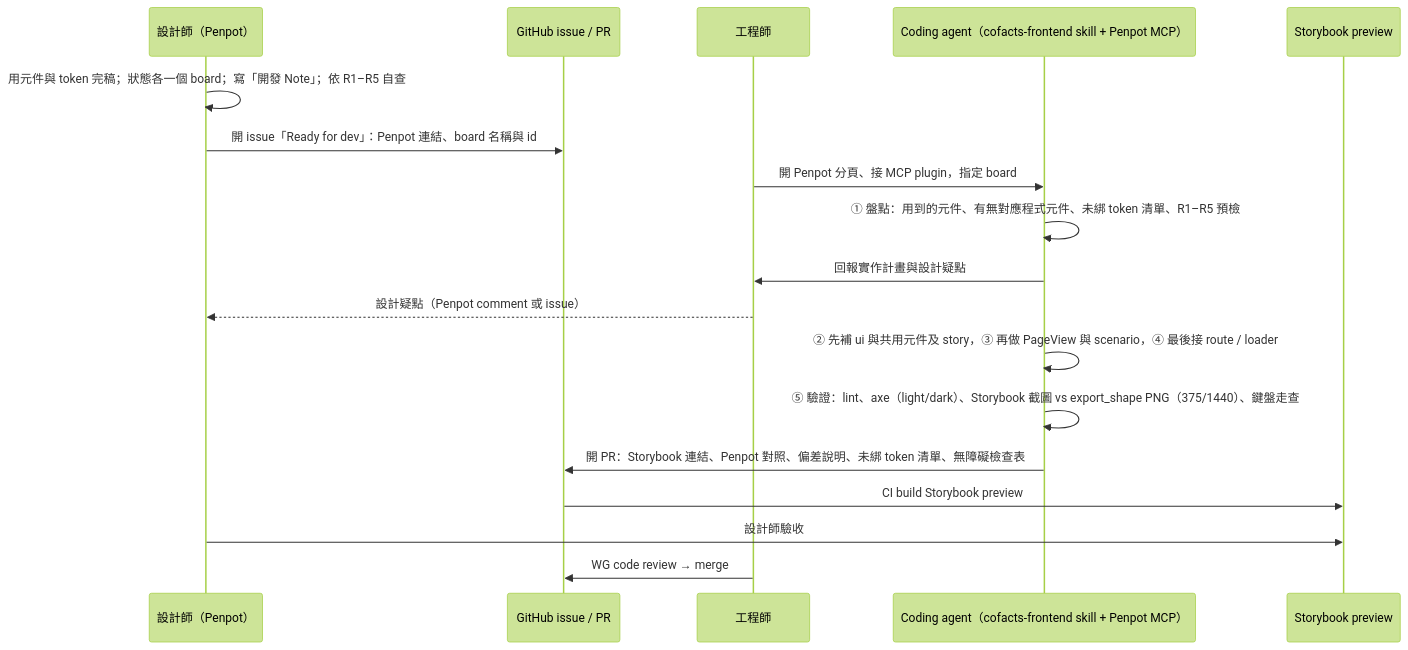
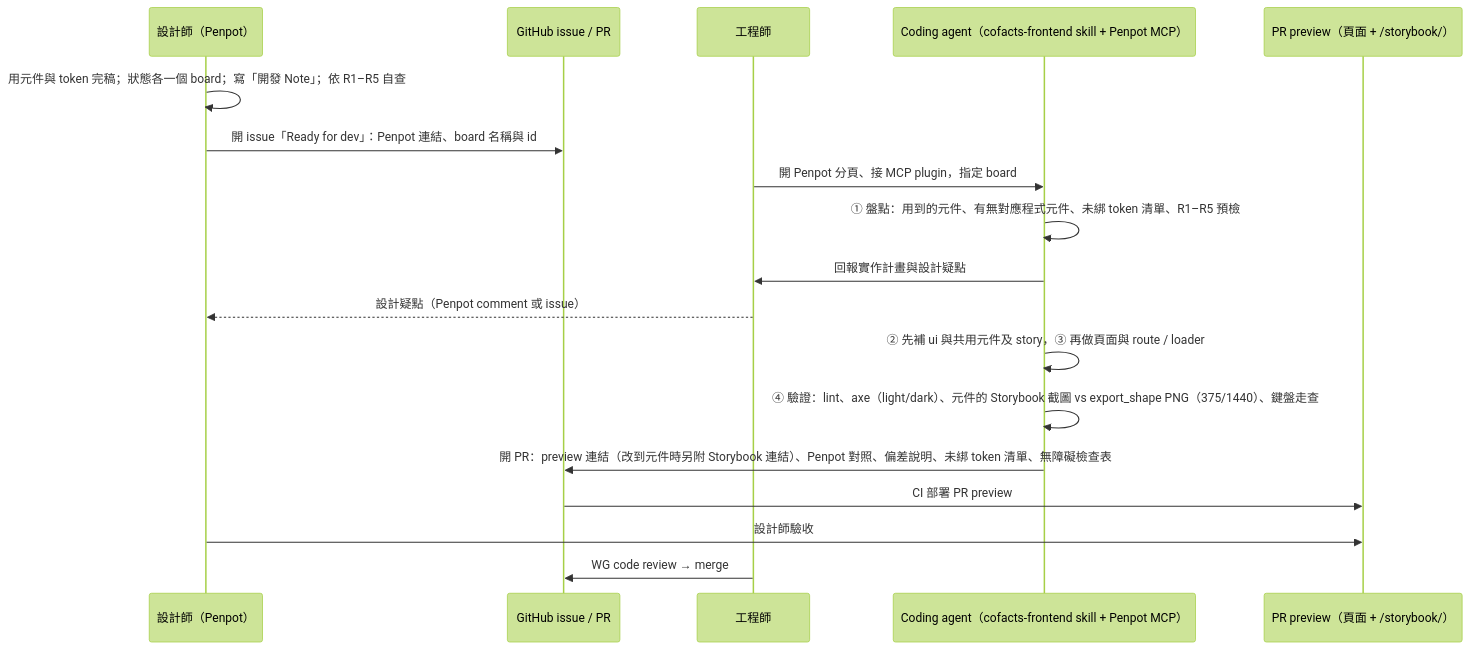
The second of 2 diagrams in src/technical-design/cofacts.ai/Phase 3 網站遷移與前端架構.md (cofacts/kb), drawn with Mermaid (forest theme) before and after one commit. The commit also changed other lines of this file, not shown here.

First line of the commit message:
doc(cofacts.ai): drop page-level Storybook stories; review pages on PR preview

````diff
--- a/src/technical-design/cofacts.ai/Phase 3 網站遷移與前端架構.md
+++ b/src/technical-design/cofacts.ai/Phase 3 網站遷移與前端架構.md
@@ -936,21 +924,21 @@
 ```mermaid
 sequenceDiagram
   participant D as 設計師（Penpot）
   participant GH as GitHub issue / PR
   participant E as 工程師
   participant A as Coding agent（cofacts-frontend skill + Penpot MCP）
-  participant SB as Storybook preview
+  participant SB as PR preview（頁面 + /storybook/）
 
   D->>D: 用元件與 token 完稿；狀態各一個 board；寫「開發 Note」；依 R1–R5 自查
   D->>GH: 開 issue「Ready for dev」：Penpot 連結、board 名稱與 id
   E->>A: 開 Penpot 分頁、接 MCP plugin，指定 board
   A->>A: ① 盤點：用到的元件、有無對應程式元件、未綁 token 清單、R1–R5 預檢
   A->>E: 回報實作計畫與設計疑點
   E-->>D: 設計疑點（Penpot comment 或 issue）
-  A->>A: ② 先補 ui 與共用元件及 story，③ 再做 PageView 與 scenario，④ 最後接 route / loader
-  A->>A: ⑤ 驗證：lint、axe（light/dark）、Storybook 截圖 vs export_shape PNG（375/1440）、鍵盤走查
-  A->>GH: 開 PR：Storybook 連結、Penpot 對照、偏差說明、未綁 token 清單、無障礙檢查表
-  GH->>SB: CI build Storybook preview
+  A->>A: ② 先補 ui 與共用元件及 story，③ 再做頁面與 route / loader
+  A->>A: ④ 驗證：lint、axe（light/dark）、元件的 Storybook 截圖 vs export_shape PNG（375/1440）、鍵盤走查
+  A->>GH: 開 PR：preview 連結（改到元件時另附 Storybook 連結）、Penpot 對照、偏差說明、未綁 token 清單、無障礙檢查表
+  GH->>SB: CI 部署 PR preview
   D->>SB: 設計師驗收
   E->>GH: WG code review → merge
 ```
````
